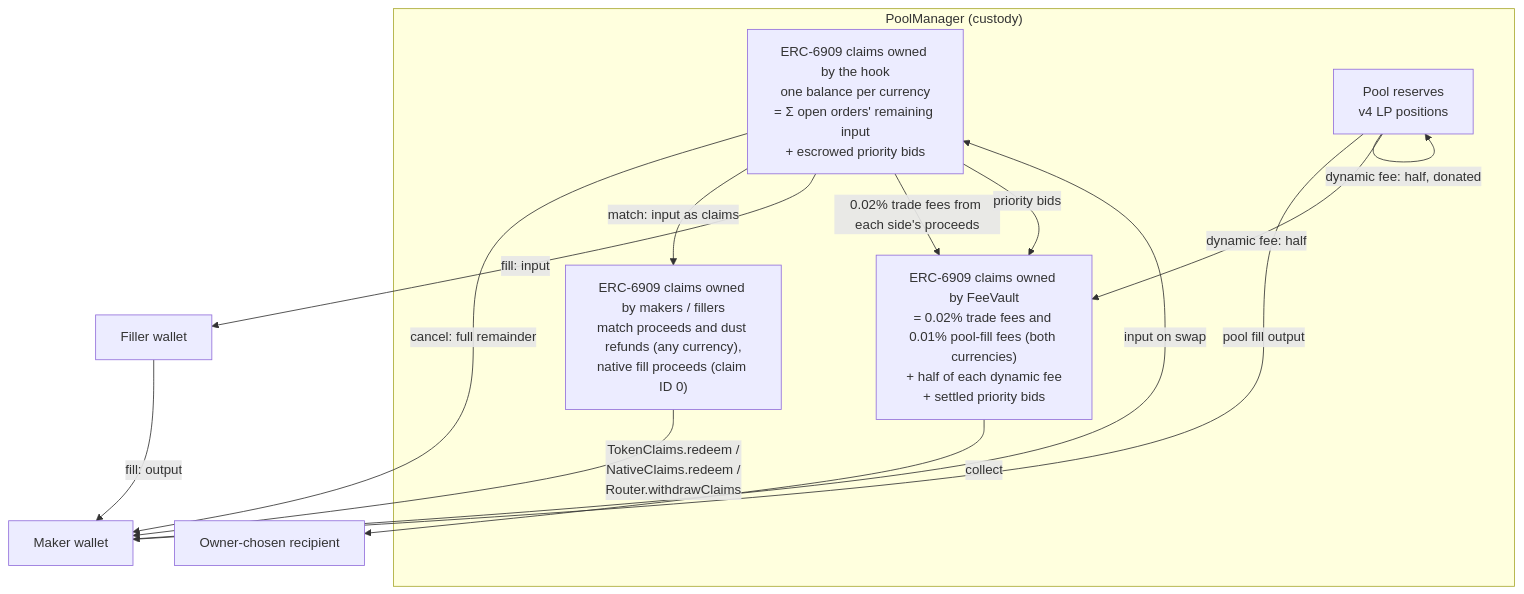
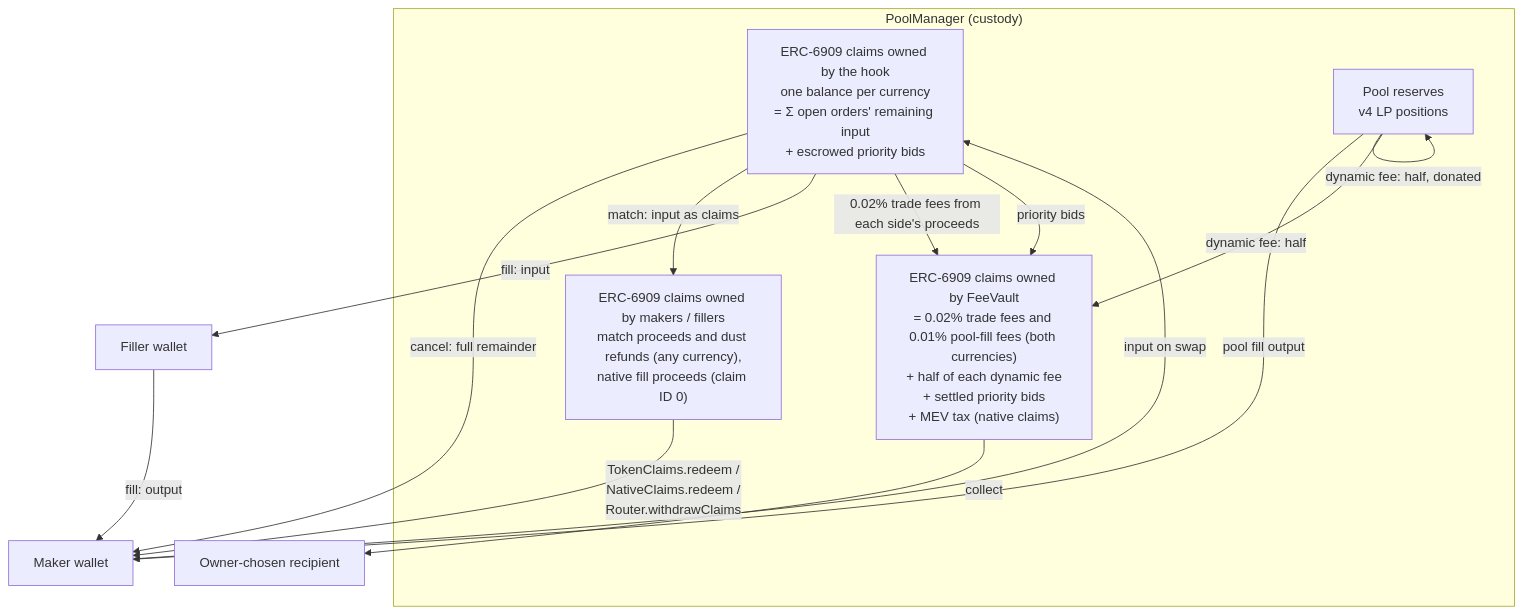
One commit to asyncswap/contracts changed the second of 5 diagrams in docs/protocol.md. Above: the diagram before and after it, drawn with Mermaid. The commit also changed other lines of this file and 26 other files, not shown here.

First line of the commit message:
Add a Router MEV tax on priority fees and document the M-02 fix

````diff
--- a/docs/protocol.md
+++ b/docs/protocol.md
@@ -94,21 +94,21 @@
 ```mermaid
 flowchart TB
     subgraph PoolManager["PoolManager (custody)"]
         Escrow["ERC-6909 claims owned by the hook<br/>one balance per currency<br/>= Σ open orders' remaining input<br/>+ escrowed priority bids"]
-        Fees["ERC-6909 claims owned by FeeVault<br/>= 0.02% trade fees and 0.01% pool-fill fees (both currencies)<br/>+ half of each dynamic fee<br/>+ settled priority bids"]
+        Fees["ERC-6909 claims owned by FeeVault<br/>= 0.02% trade fees and 0.01% pool-fill fees (both currencies)<br/>+ half of each dynamic fee<br/>+ settled priority bids<br/>+ MEV tax (native claims)"]
         User["ERC-6909 claims owned by makers / fillers<br/>match proceeds and dust refunds (any currency),<br/>native fill proceeds (claim ID 0)"]
         Reserves["Pool reserves<br/>v4 LP positions"]
     end
     MakerW["Maker wallet"] -->|input on swap| Escrow
     Escrow -->|cancel: full remainder| MakerW
     Escrow -->|match: input as claims| User
     Escrow -->|fill: input| CounterW["Filler wallet"]
     CounterW -->|fill: output| MakerW
     Escrow -->|0.02% trade fees from each side's proceeds| Fees
     Escrow -->|priority bids| Fees
     Reserves -->|pool fill output| MakerW
     Reserves -->|dynamic fee: half| Fees
     Reserves -->|dynamic fee: half, donated| Reserves
     Fees -->|collect| OwnerW["Owner-chosen recipient"]
     User -->|TokenClaims.redeem /<br/>NativeClaims.redeem /<br/>Router.withdrawClaims| MakerW
 ```
````
